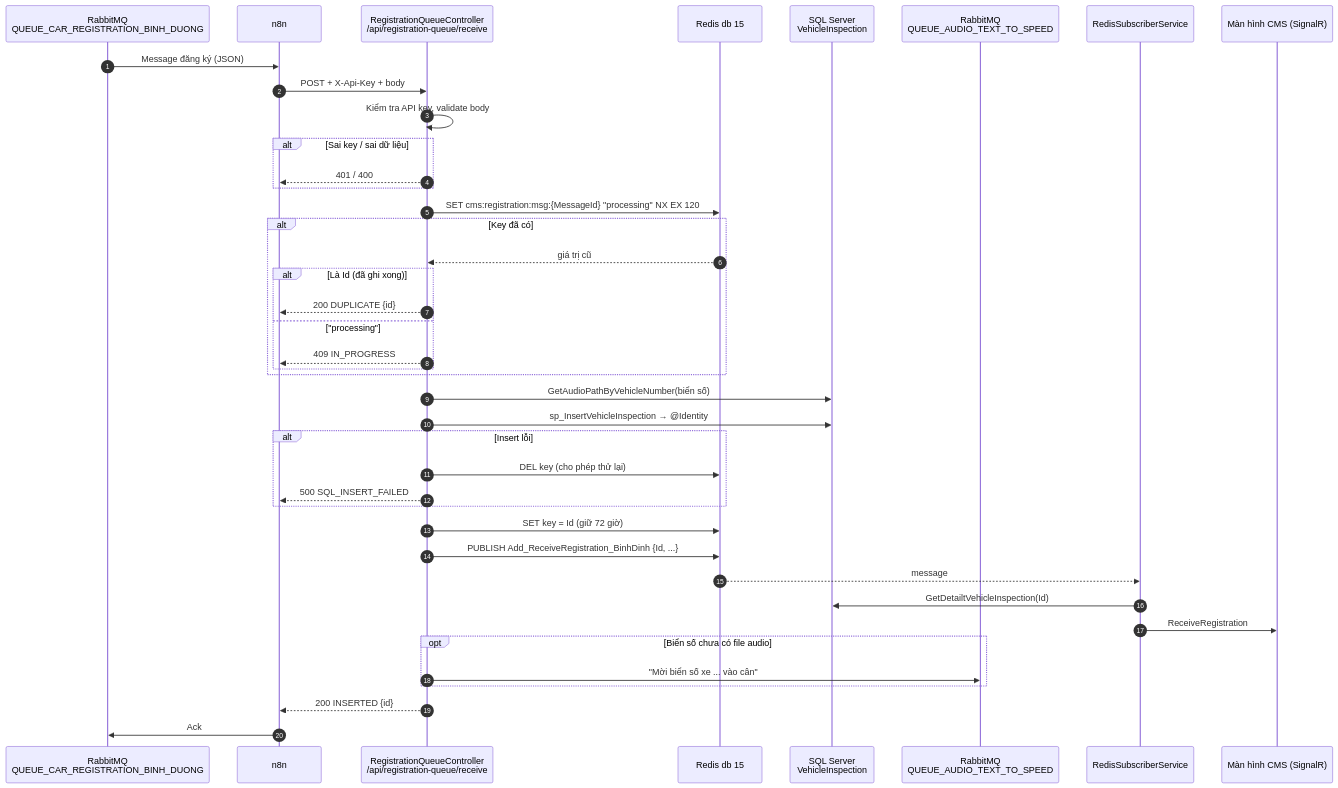
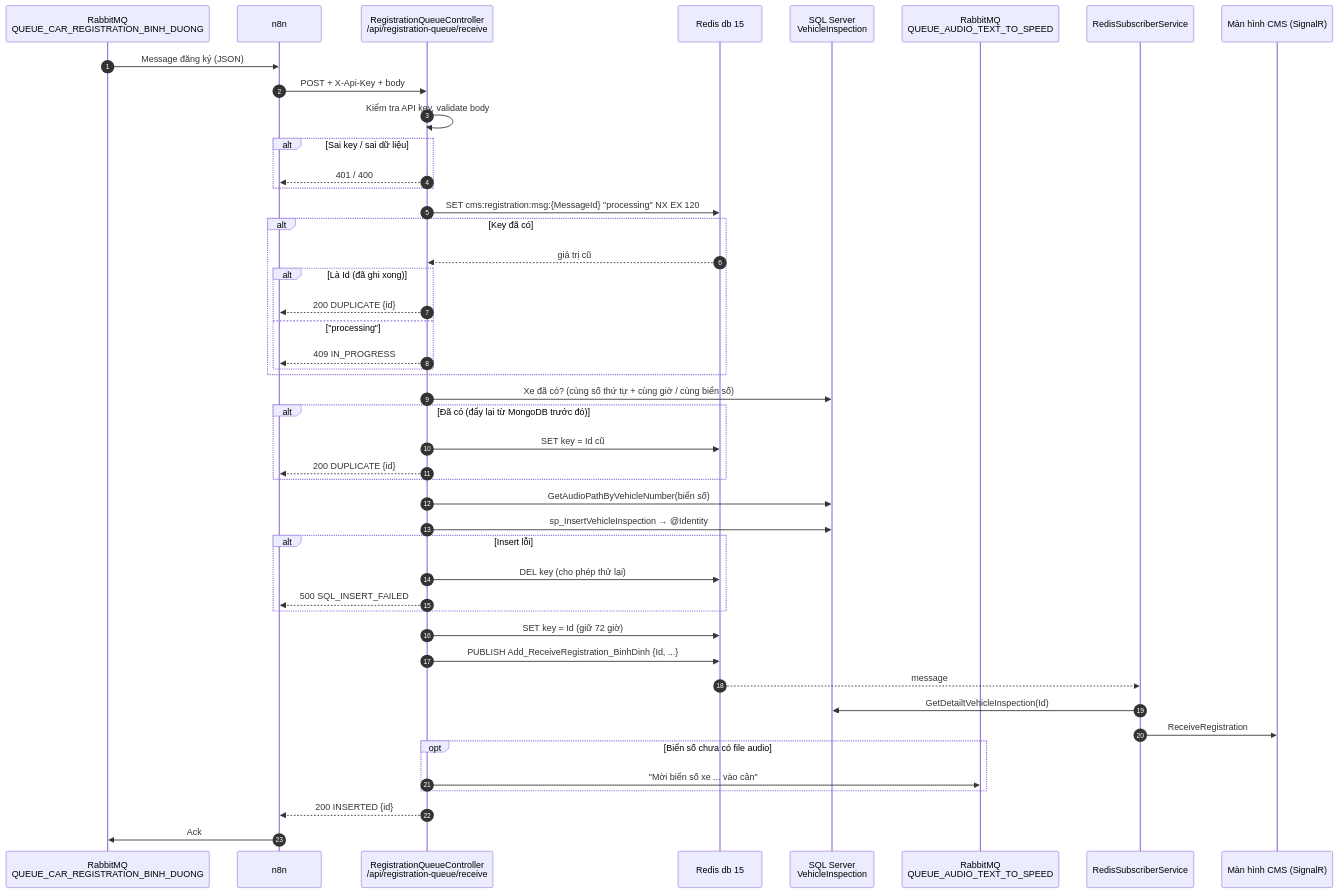
Before and after one commit to xtechvn/web_car_flow-chi-nhanh-binh-dinh-version-2: the second of 3 diagrams in WEB.CMS/Docs/README.md, drawn with Mermaid. The commit also changed other lines of this file and 10 other files, not shown here.

Commit message:
Day lai xe bi thieu: icon nhap nhay + lightbox doi chieu MongoDB va SQL tren CartoFactory; khoi phuc quy tac goc (SP, khong chan 5 phut, bo validation); cap nhat Docs

````diff
--- a/WEB.CMS/Docs/README.md
+++ b/WEB.CMS/Docs/README.md
@@ -83,44 +83,49 @@
 ```mermaid
 sequenceDiagram
     autonumber
     participant MQ as RabbitMQ<br/>QUEUE_CAR_REGISTRATION_BINH_DUONG
     participant N8N as n8n
     participant API as RegistrationQueueController<br/>/api/registration-queue/receive
     participant R as Redis db 15
     participant SQL as SQL Server<br/>VehicleInspection
     participant TTS as RabbitMQ<br/>QUEUE_AUDIO_TEXT_TO_SPEED
     participant SUB as RedisSubscriberService
     participant UI as Màn hình CMS (SignalR)
 
     MQ->>N8N: Message đăng ký (JSON)
     N8N->>API: POST + X-Api-Key + body
     API->>API: Kiểm tra API key, validate body
     alt Sai key / sai dữ liệu
         API-->>N8N: 401 / 400
     end
     API->>R: SET cms:registration:msg:{MessageId} "processing" NX EX 120
     alt Key đã có
         R-->>API: giá trị cũ
         alt Là Id (đã ghi xong)
             API-->>N8N: 200 DUPLICATE {id}
         else "processing"
             API-->>N8N: 409 IN_PROGRESS
         end
     end
+    API->>SQL: Xe đã có? (cùng số thứ tự + cùng giờ / cùng biển số)
+    alt Đã có (đẩy lại từ MongoDB trước đó)
+        API->>R: SET key = Id cũ
+        API-->>N8N: 200 DUPLICATE {id}
+    end
     API->>SQL: GetAudioPathByVehicleNumber(biển số)
     API->>SQL: sp_InsertVehicleInspection → @Identity
     alt Insert lỗi
         API->>R: DEL key (cho phép thử lại)
         API-->>N8N: 500 SQL_INSERT_FAILED
     end
     API->>R: SET key = Id (giữ 72 giờ)
     API->>R: PUBLISH Add_ReceiveRegistration_BinhDinh {Id, ...}
     R-->>SUB: message
     SUB->>SQL: GetDetailtVehicleInspection(Id)
     SUB->>UI: ReceiveRegistration
     opt Biển số chưa có file audio
         API->>TTS: "Mời biển số xe ... vào cân"
     end
     API-->>N8N: 200 INSERTED {id}
     N8N->>MQ: Ack
 ```
````
